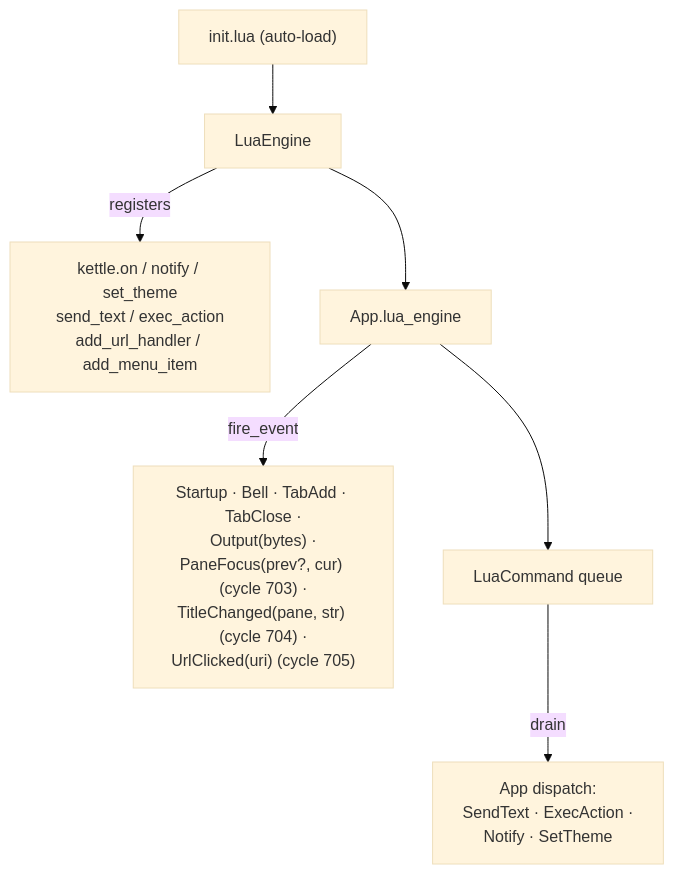
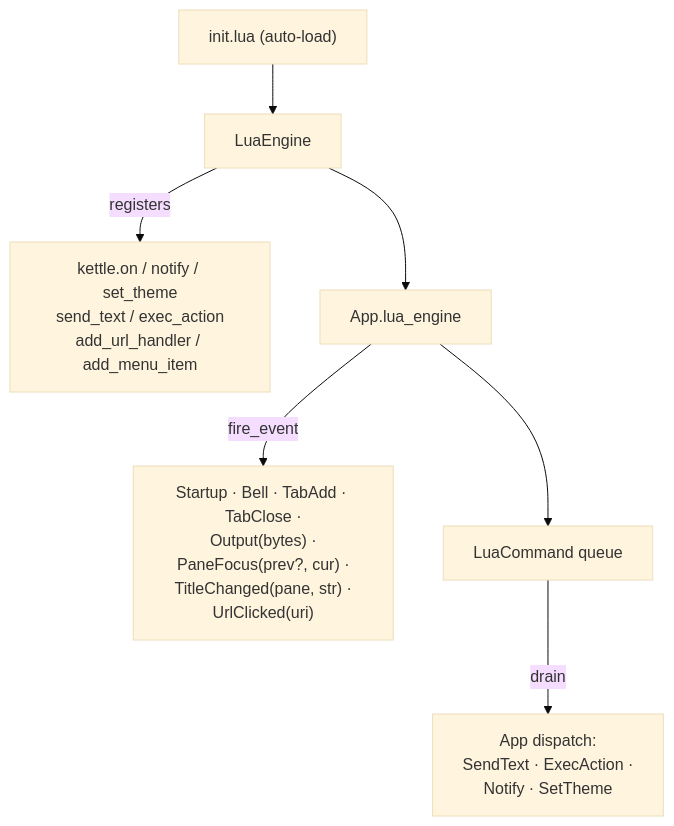
One commit to Reddimus/kettle changed the fifth of 8 diagrams in docs/ARCHITECTURE.md. Above: the diagram before and after it, drawn with Mermaid (base theme). The commit also changed other lines of this file and 4 other files, not shown here.

````diff
--- a/docs/ARCHITECTURE.md
+++ b/docs/ARCHITECTURE.md
@@ -231,10 +220,10 @@
 ```mermaid
 flowchart TD
     A["init.lua (auto-load)"]
     A --> B["LuaEngine"]
     B -->|registers| C["kettle.on / notify / set_theme<br/>send_text / exec_action<br/>add_url_handler / add_menu_item"]
     B --> D["App.lua_engine"]
-    D -->|fire_event| E["Startup · Bell · TabAdd · TabClose ·<br/>Output(bytes) ·<br/>PaneFocus(prev?, cur) (cycle 703) ·<br/>TitleChanged(pane, str) (cycle 704) ·<br/>UrlClicked(uri) (cycle 705)"]
+    D -->|fire_event| E["Startup · Bell · TabAdd · TabClose ·<br/>Output(bytes) ·<br/>PaneFocus(prev?, cur) ·<br/>TitleChanged(pane, str) ·<br/>UrlClicked(uri)"]
     D --> F["LuaCommand queue"]
     F -->|drain| G["App dispatch:<br/>SendText · ExecAction ·<br/>Notify · SetTheme"]
 ```
````
